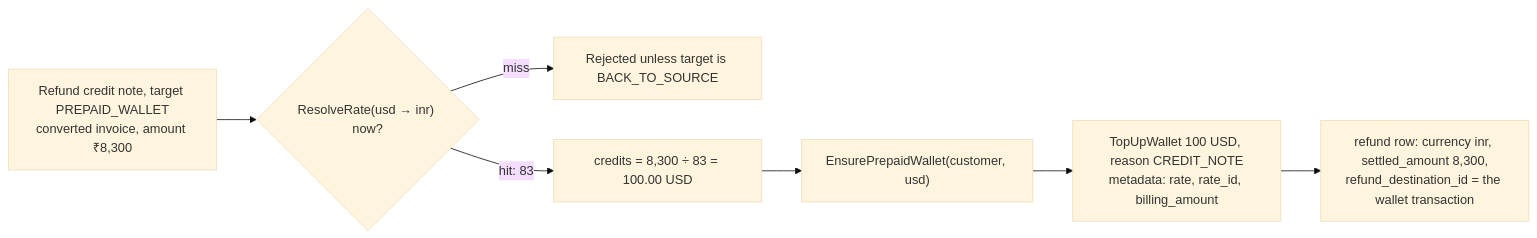
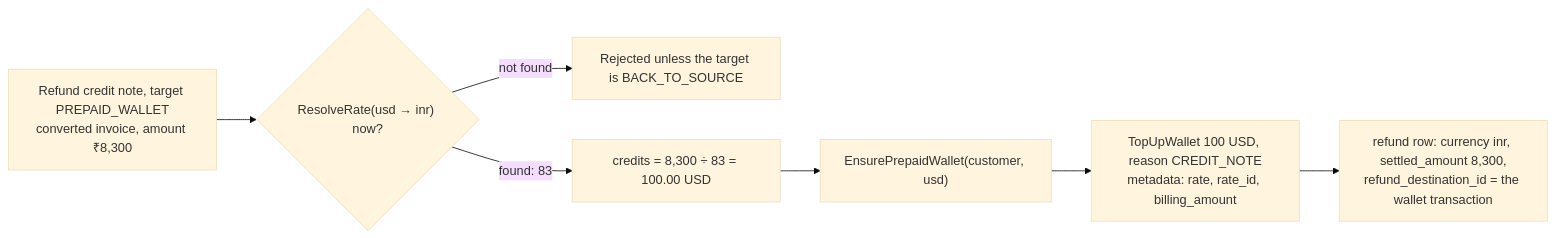
The fourth of 5 diagrams in docs/design/2026-09-26-FLE-1383-adaptive-multi-currency-phase2-erd.md (aghijap/flexprice-FLE-1411), drawn with Mermaid (base theme) before and after one commit. The commit also changed other lines of this file and 1 other file, not shown here.

````diff
--- a/docs/design/2026-09-26-FLE-1383-adaptive-multi-currency-phase2-erd.md
+++ b/docs/design/2026-09-26-FLE-1383-adaptive-multi-currency-phase2-erd.md
@@ -288,8 +290,8 @@
 ```mermaid
 flowchart LR
     CN["Refund credit note, target PREPAID_WALLET<br/>converted invoice, amount ₹8,300"] --> R{"ResolveRate(usd → inr) now?"}
-    R -- miss --> X["Rejected unless target is BACK_TO_SOURCE"]
-    R -- "hit: 83" --> D["credits = 8,300 ÷ 83 = 100.00 USD"]
+    R -- "not found" --> X["Rejected unless the target is BACK_TO_SOURCE"]
+    R -- "found: 83" --> D["credits = 8,300 ÷ 83 = 100.00 USD"]
     D --> W["EnsurePrepaidWallet(customer, usd)"] --> T["TopUpWallet 100 USD, reason CREDIT_NOTE<br/>metadata: rate, rate_id, billing_amount"]
     T --> S["refund row: currency inr, settled_amount 8,300,<br/>refund_destination_id = the wallet transaction"]
 ```
````
